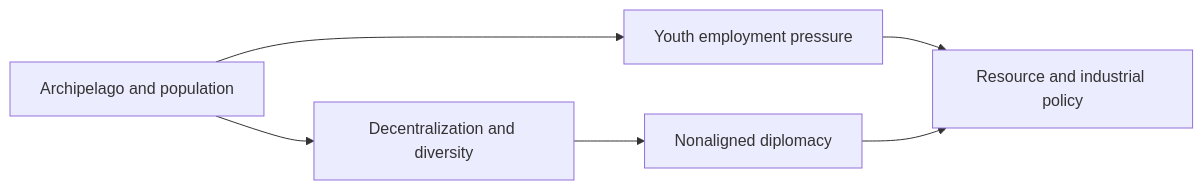
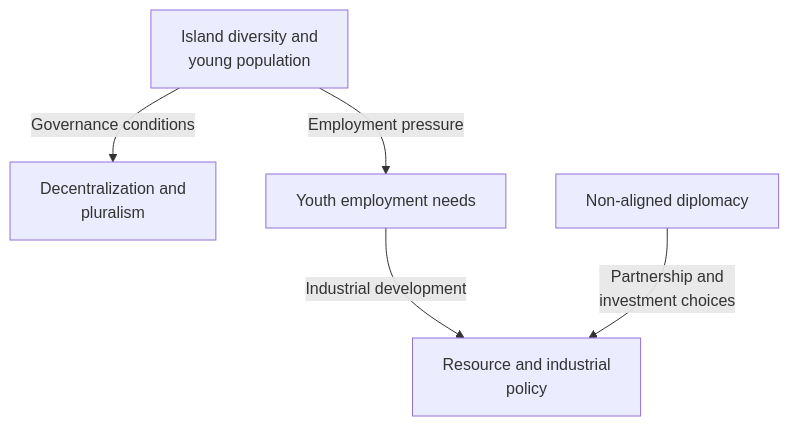
The first of 2 diagrams in articles/report/indonesia-geopolitical-profile/en/index.mdx (daylight55/research), drawn with Mermaid before and after one commit. The commit also changed other lines of this file and 181 other files, not shown here.

First line of the commit message:
全記事の図解368点を再生成し、共通注意書きを削除 (#402)

````diff
--- a/articles/report/indonesia-geopolitical-profile/en/index.mdx
+++ b/articles/report/indonesia-geopolitical-profile/en/index.mdx
@@ -30,8 +30,14 @@
 ```mermaid
-flowchart LR
-  A["Archipelago and population"] --> B["Decentralization and diversity"]
-  B --> C["Nonaligned diplomacy"]
-  A --> D["Youth employment pressure"]
-  D --> E["Resource and industrial policy"]
-  C --> E
+flowchart TD
+  accTitle: Indonesia's islands, employment and industrial policy
+  accDescr: Geographic diversity relates to decentralization, while a young population raises employment needs. Read resource policy and non-aligned diplomacy in that context.
+  N0["Island diversity and<br/>young population"]
+  N1["Decentralization and<br/>pluralism"]
+  N2["Youth employment needs"]
+  N3["Resource and industrial<br/>policy"]
+  N4["Non-aligned diplomacy"]
+  N0 -->|Governance conditions| N1
+  N0 -->|Employment pressure| N2
+  N2 -->|Industrial development| N3
+  N4 -->|Partnership and<br/>investment choices| N3
 ```
````
